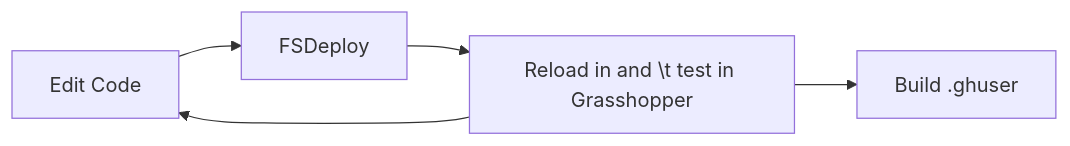
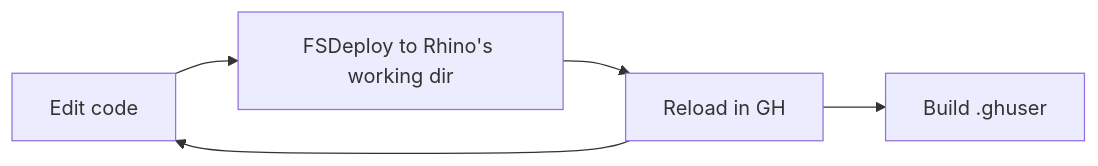
The diagram in workflow/README.md (PH-Tools/honeybee_grasshopper_ph), drawn with Mermaid before and after one commit. The commit also changed other lines of this file, not shown here.

````diff
--- a/workflow/README.md
+++ b/workflow/README.md
@@ -80,7 +80,7 @@
 ```mermaid
 graph LR;
-    A[Edit Code] --> B[FSDeploy];
-    B --> C[Reload in and \t test in Grasshopper];
+    A[Edit code] --> B[FSDeploy to Rhino's working dir];
+    B --> C[Reload in GH];
     C --> A;
     C --> D[Build .ghuser]
 ```
````
